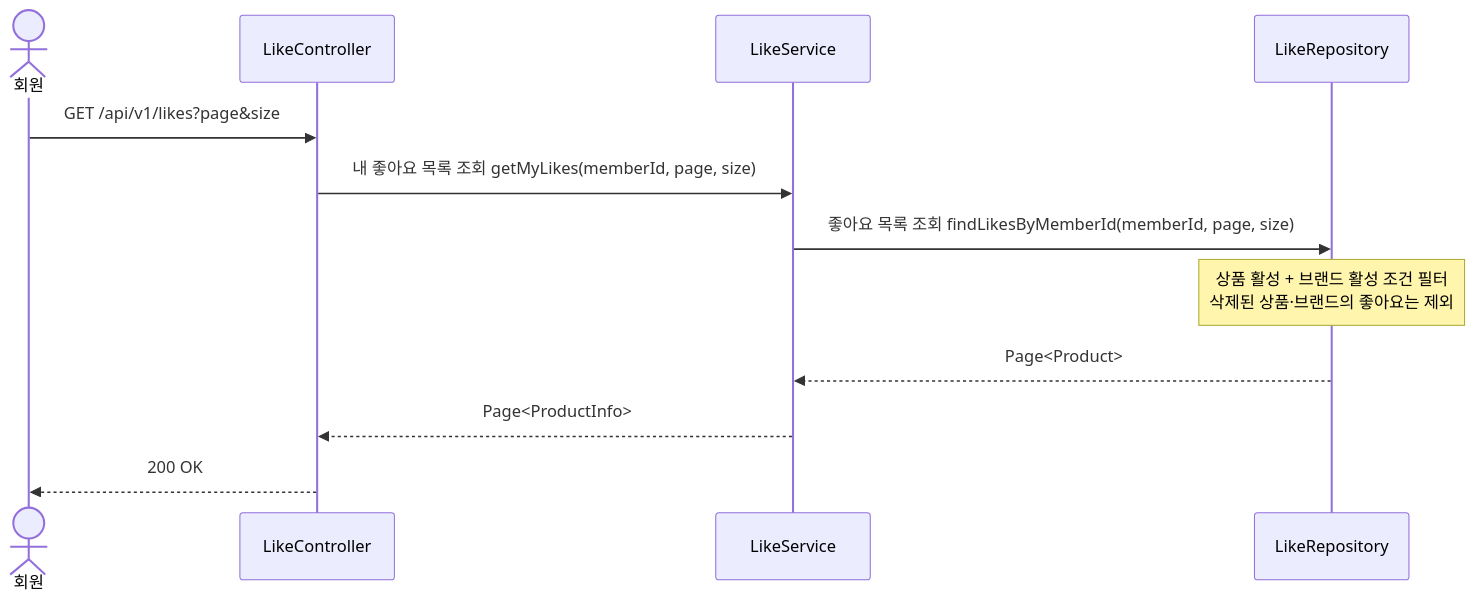
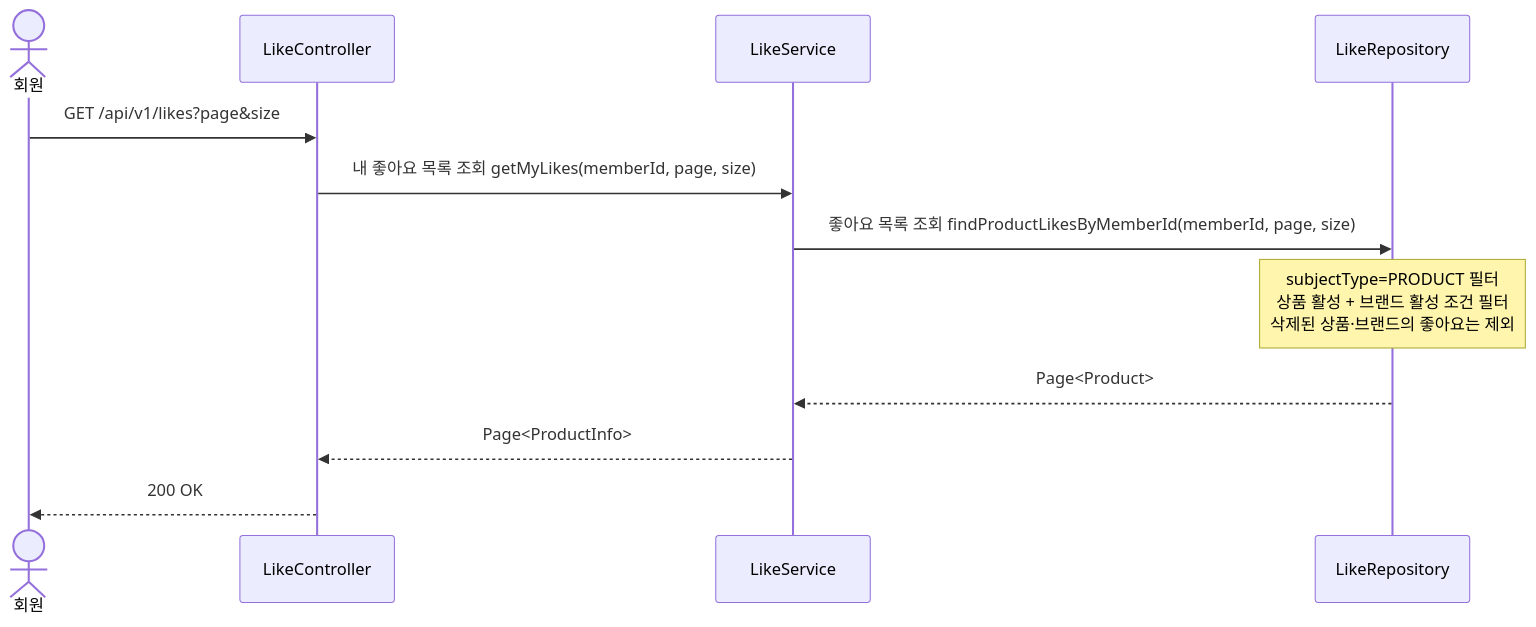
The sixth of 21 diagrams in docs/design/02-sequence-diagrams.md (APapeIsName/loop-pack-be-l2-vol3-java), drawn with Mermaid before and after one commit. The commit also changed other lines of this file and 128 other files, not shown here.

````diff
--- a/docs/design/02-sequence-diagrams.md
+++ b/docs/design/02-sequence-diagrams.md
@@ -151,15 +151,15 @@
 ```mermaid
 sequenceDiagram
     actor M as 회원
     participant C as LikeController
     participant LS as LikeService
     participant LR as LikeRepository
 
     M->>C: GET /api/v1/likes?page&size
     C->>LS: 내 좋아요 목록 조회 getMyLikes(memberId, page, size)
-    LS->>LR: 좋아요 목록 조회 findLikesByMemberId(memberId, page, size)
-    Note over LR: 상품 활성 + 브랜드 활성 조건 필터<br/>삭제된 상품·브랜드의 좋아요는 제외
+    LS->>LR: 좋아요 목록 조회 findProductLikesByMemberId(memberId, page, size)
+    Note over LR: subjectType=PRODUCT 필터<br/>상품 활성 + 브랜드 활성 조건 필터<br/>삭제된 상품·브랜드의 좋아요는 제외
     LR-->>LS: Page<Product>
     LS-->>C: Page<ProductInfo>
     C-->>M: 200 OK
 ```
````
